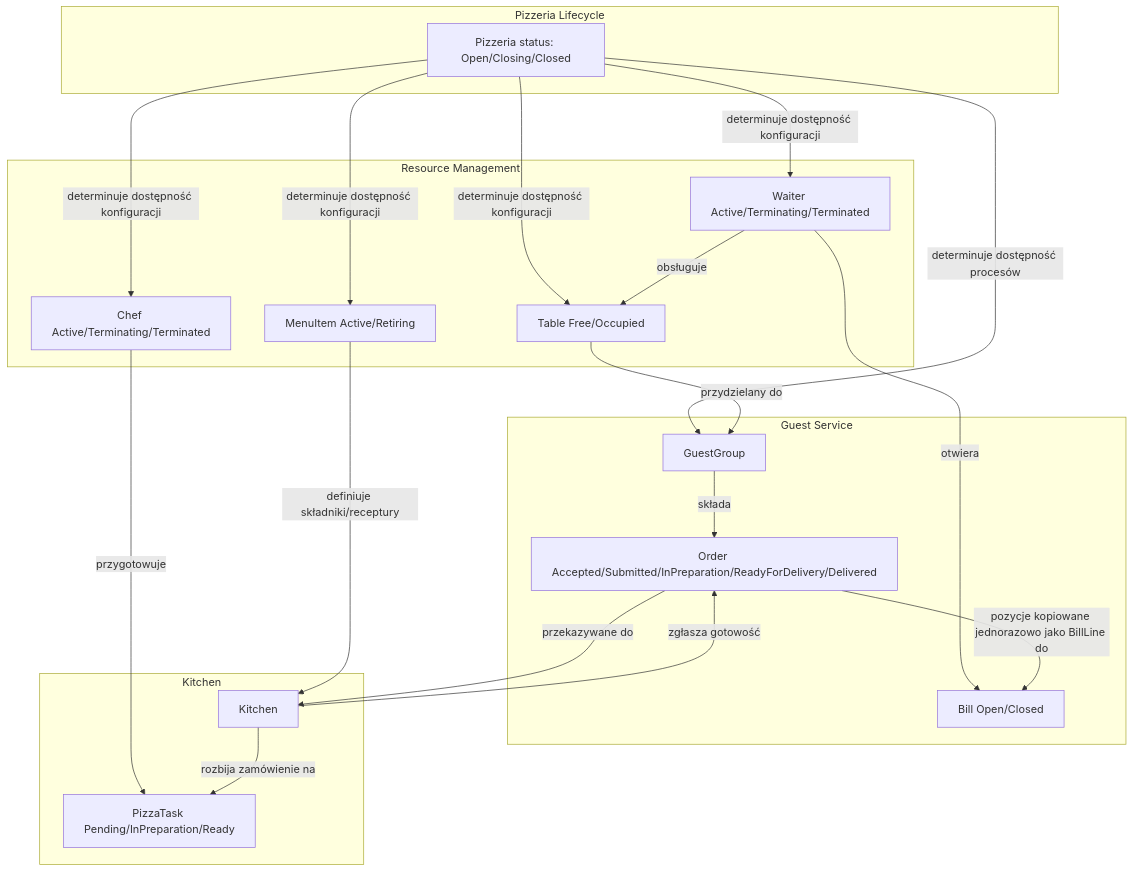
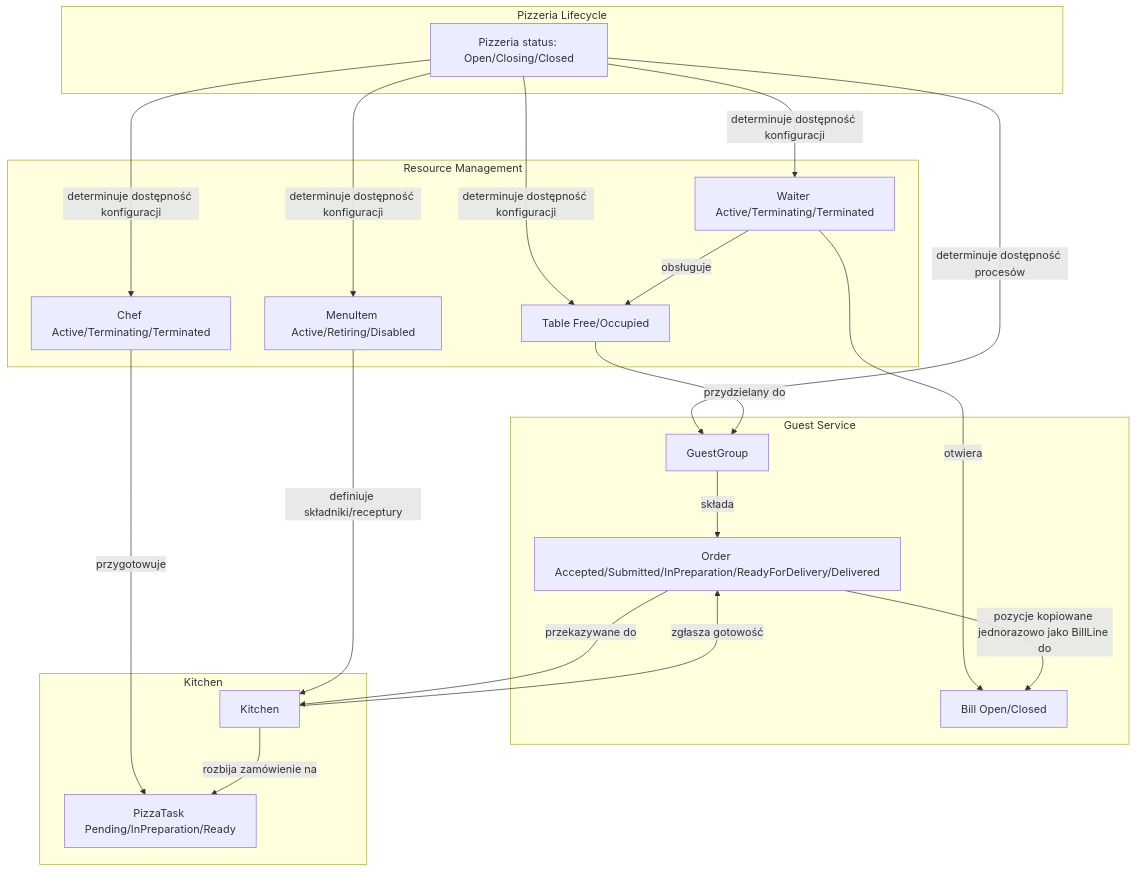
Before and after one commit to mmalessa/pizzeria: the diagram in doc/320_domain_model.md, drawn with Mermaid. The commit also changed other lines of this file and 7 other files, not shown here.

Commit message:
Add entities documentation and introduce Table name and MenuItem Disabled state

````diff
--- a/doc/320_domain_model.md
+++ b/doc/320_domain_model.md
@@ -298,42 +301,42 @@
 ```mermaid
 flowchart TD
 
   subgraph PizzeriaLifecycle["Pizzeria Lifecycle"]
     P[Pizzeria status: Open/Closing/Closed]
   end
 
   subgraph ResourceManagement["Resource Management"]
     T[Table Free/Occupied]
-    M[MenuItem Active/Retiring]
+    M[MenuItem Active/Retiring/Disabled]
     W[Waiter Active/Terminating/Terminated]
     C[Chef Active/Terminating/Terminated]
   end
 
   subgraph GuestService["Guest Service"]
     G[GuestGroup]
     B[Bill Open/Closed]
     O[Order Accepted/Submitted/InPreparation/ReadyForDelivery/Delivered]
   end
 
   subgraph Kitchen["Kitchen"]
     K[Kitchen]
     PT[PizzaTask Pending/InPreparation/Ready]
   end
 
   P -->|determinuje dostępność procesów| G
   P -->|determinuje dostępność konfiguracji| T
   P -->|determinuje dostępność konfiguracji| M
   P -->|determinuje dostępność konfiguracji| W
   P -->|determinuje dostępność konfiguracji| C
 
   T -->|przydzielany do| G
   W -->|obsługuje| T
   W -->|otwiera| B
   G -->|składa| O
   O -->|pozycje kopiowane jednorazowo jako BillLine do| B
   O -->|przekazywane do| K
   M -->|definiuje składniki/receptury| K
   C -->|przygotowuje| PT
   K -->|rozbija zamówienie na| PT
   K -->|zgłasza gotowość| O
 ```
````
